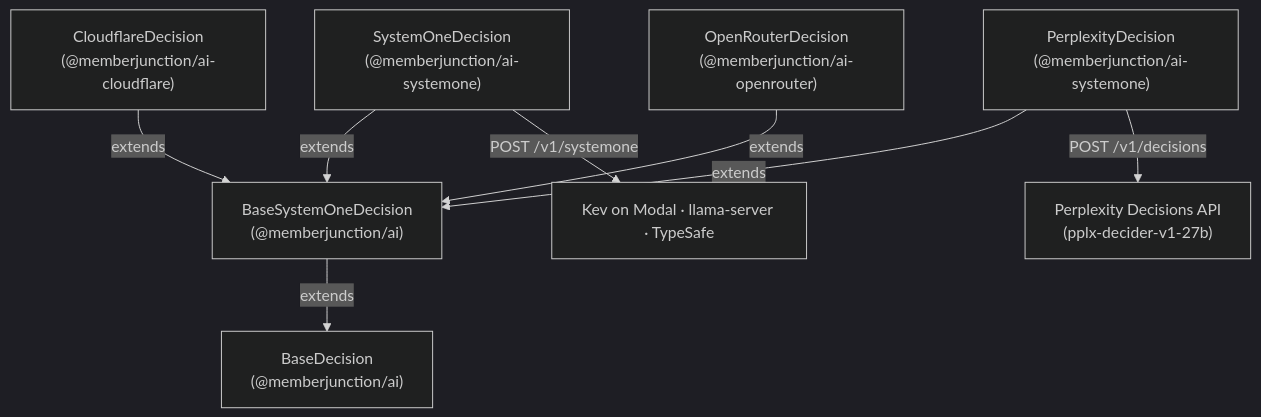
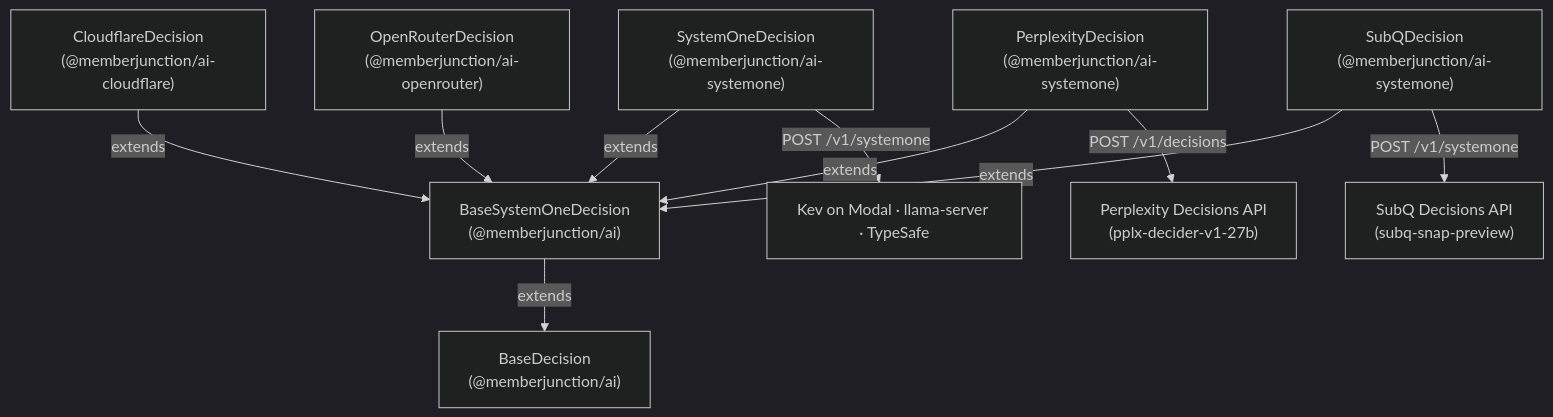
Before and after one commit to MemberJunction/MJ: the diagram in packages/AI/Providers/SystemOne/README.md, drawn with Mermaid (dark theme). The commit also changed other lines of this file and 10 other files, not shown here.

First line of the commit message:
docs(ai): document SubQ Snap and Mercury Decide, and widen the changeset to all three decision models

````diff
--- a/packages/AI/Providers/SystemOne/README.md
+++ b/packages/AI/Providers/SystemOne/README.md
@@ -23,10 +24,12 @@
 ```mermaid
 graph TD
     A["SystemOneDecision<br/>(@memberjunction/ai-systemone)"] -->|extends| B["BaseSystemOneDecision<br/>(@memberjunction/ai)"]
     C["CloudflareDecision<br/>(@memberjunction/ai-cloudflare)"] -->|extends| B
     D["OpenRouterDecision<br/>(@memberjunction/ai-openrouter)"] -->|extends| B
     P["PerplexityDecision<br/>(@memberjunction/ai-systemone)"] -->|extends| B
+    Q["SubQDecision<br/>(@memberjunction/ai-systemone)"] -->|extends| B
     B -->|extends| E["BaseDecision<br/>(@memberjunction/ai)"]
     A -->|POST /v1/systemone| F["Kev on Modal · llama-server · TypeSafe"]
     P -->|POST /v1/decisions| G["Perplexity Decisions API<br/>(pplx-decider-v1-27b)"]
+    Q -->|POST /v1/systemone| H["SubQ Decisions API<br/>(subq-snap-preview)"]
 ```
````
